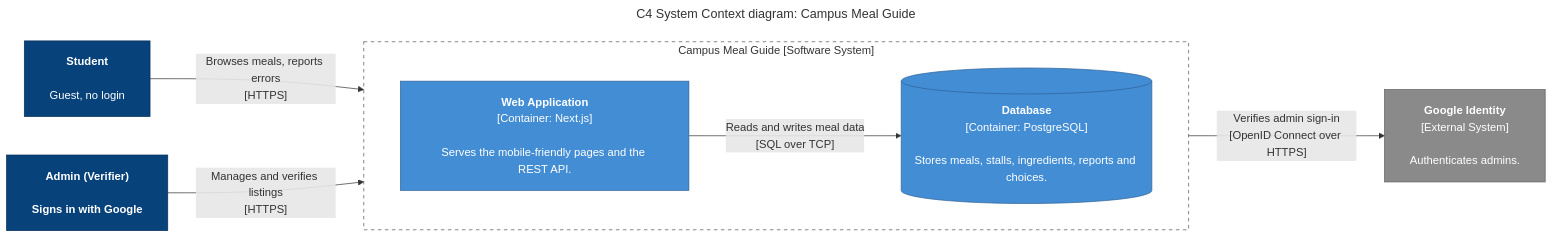
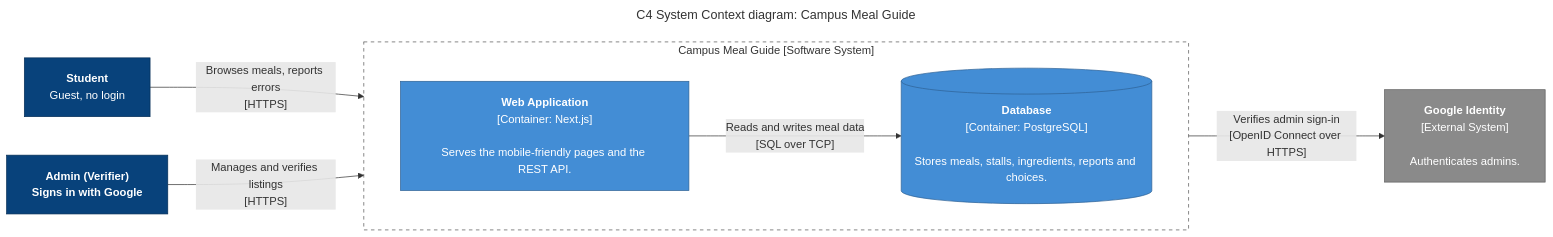
One commit to edoygobole29-ops/Team-Doy changed the diagram in architecture/Team-Doy/context.md. Above: the diagram before and after it, drawn with Mermaid.

````diff
--- a/architecture/Team-Doy/context.md
+++ b/architecture/Team-Doy/context.md
@@ -5,32 +5,32 @@
 ```mermaid
 ---
 title: "C4 System Context diagram: Campus Meal Guide"
 config:
   flowchart:
     wrappingWidth: 340
     nodeSpacing: 55
     rankSpacing: 80
     padding: 18
 ---
 flowchart LR
-    student["<b>Student</b><br/><br/>Guest, no login"]:::person
-    admin["<b>Admin (Verifier)<br/><br/>Signs in with Google"]:::person
+    student["<b>Student</b><br/>Guest, no login"]:::person
+    admin["<b>Admin (Verifier)<br/>Signs in with Google"]:::person
 
     subgraph boundary["Campus Meal Guide [Software System]"]
         direction LR
         web["<b>Web Application</b><br/>[Container: Next.js]<br/><br/>Serves the mobile-friendly pages and the REST API."]:::container
         db[("<b>Database</b><br/>[Container: PostgreSQL]<br/><br/>Stores meals, stalls, ingredients, reports and choices.")]:::container
     end
 
     google["<b>Google Identity</b><br/>[External System]<br/><br/>Authenticates admins."]:::external
 
     student -->|"Browses meals, reports errors<br/>[HTTPS]"| web
     admin -->|"Manages and verifies listings<br/>[HTTPS]"| web
     web -->|"Reads and writes meal data<br/>[SQL over TCP]"| db
     web -->|"Verifies admin sign-in<br/>[OpenID Connect over HTTPS]"| google
 
     classDef person fill:#08427b,stroke:#052e56,color:#ffffff
     classDef container fill:#438dd5,stroke:#2e6295,color:#ffffff
     classDef external fill:#8a8a8a,stroke:#5e5e5e,color:#ffffff
     style boundary fill:none,stroke:#555,stroke-dasharray:5 5
 ```
````
